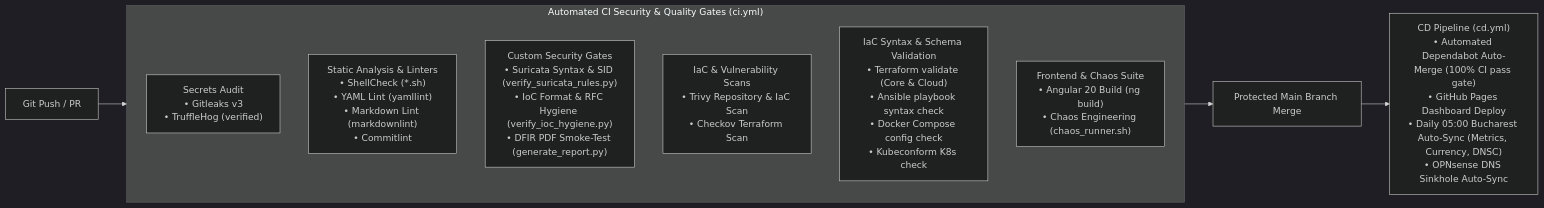
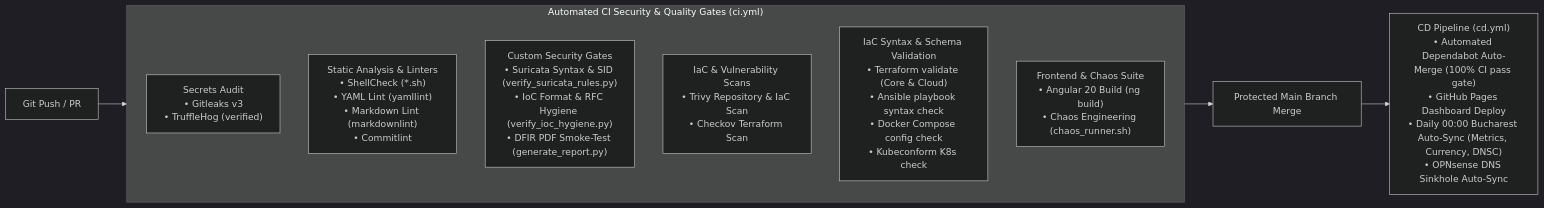
Before and after one commit to stefanutc1/infrastructure: the seventh of 7 diagrams in README.md, drawn with Mermaid (dark theme). The commit also changed other lines of this file and 8 other files, not shown here.

Commit message:
ci(cd): reschedule auto-sync from 05:00 to 00:00 Europe/Bucharest

````diff
--- a/README.md
+++ b/README.md
@@ -564,17 +564,17 @@
 ```mermaid
 flowchart LR
     COMMIT["Git Push / PR"] --> GATES
 
     subgraph GATES["Automated CI Security & Quality Gates (ci.yml)"]
         direction TB
         G1["Secrets Audit<br/>• Gitleaks v3<br/>• TruffleHog (verified)"]
         G2["Static Analysis & Linters<br/>• ShellCheck (*.sh)<br/>• YAML Lint (yamllint)<br/>• Markdown Lint (markdownlint)<br/>• Commitlint"]
         G3["Custom Security Gates<br/>• Suricata Syntax & SID (verify_suricata_rules.py)<br/>• IoC Format & RFC Hygiene (verify_ioc_hygiene.py)<br/>• DFIR PDF Smoke-Test (generate_report.py)"]
         G4["IaC & Vulnerability Scans<br/>• Trivy Repository & IaC Scan<br/>• Checkov Terraform Scan"]
         G5["IaC Syntax & Schema Validation<br/>• Terraform validate (Core & Cloud)<br/>• Ansible playbook syntax check<br/>• Docker Compose config check<br/>• Kubeconform K8s check"]
         G6["Frontend & Chaos Suite<br/>• Angular 20 Build (ng build)<br/>• Chaos Engineering (chaos_runner.sh)"]
     end
 
     GATES --> MERGE["Protected Main Branch Merge"]
-    MERGE --> CD_PIPELINE["CD Pipeline (cd.yml)<br/>• Automated Dependabot Auto-Merge (100% CI pass gate)<br/>• GitHub Pages Dashboard Deploy<br/>• Daily 05:00 Bucharest Auto-Sync (Metrics, Currency, DNSC)<br/>• OPNsense DNS Sinkhole Auto-Sync"]
+    MERGE --> CD_PIPELINE["CD Pipeline (cd.yml)<br/>• Automated Dependabot Auto-Merge (100% CI pass gate)<br/>• GitHub Pages Dashboard Deploy<br/>• Daily 00:00 Bucharest Auto-Sync (Metrics, Currency, DNSC)<br/>• OPNsense DNS Sinkhole Auto-Sync"]
 ```
````
